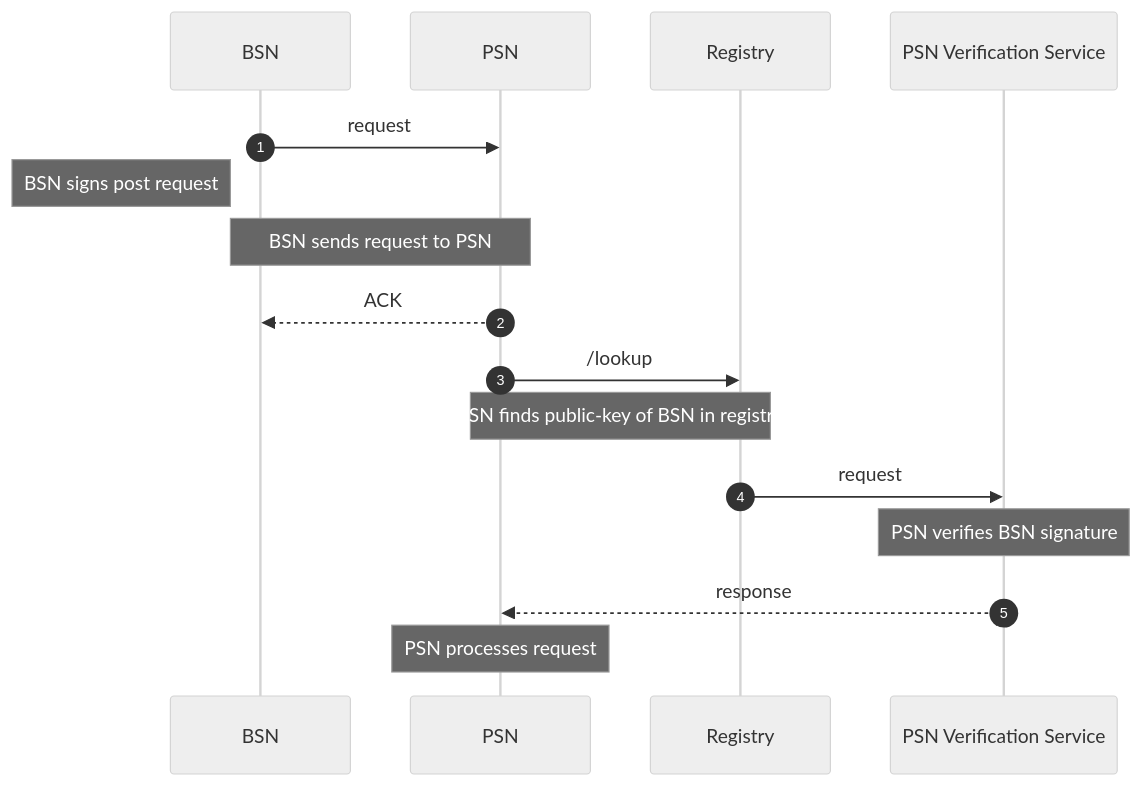
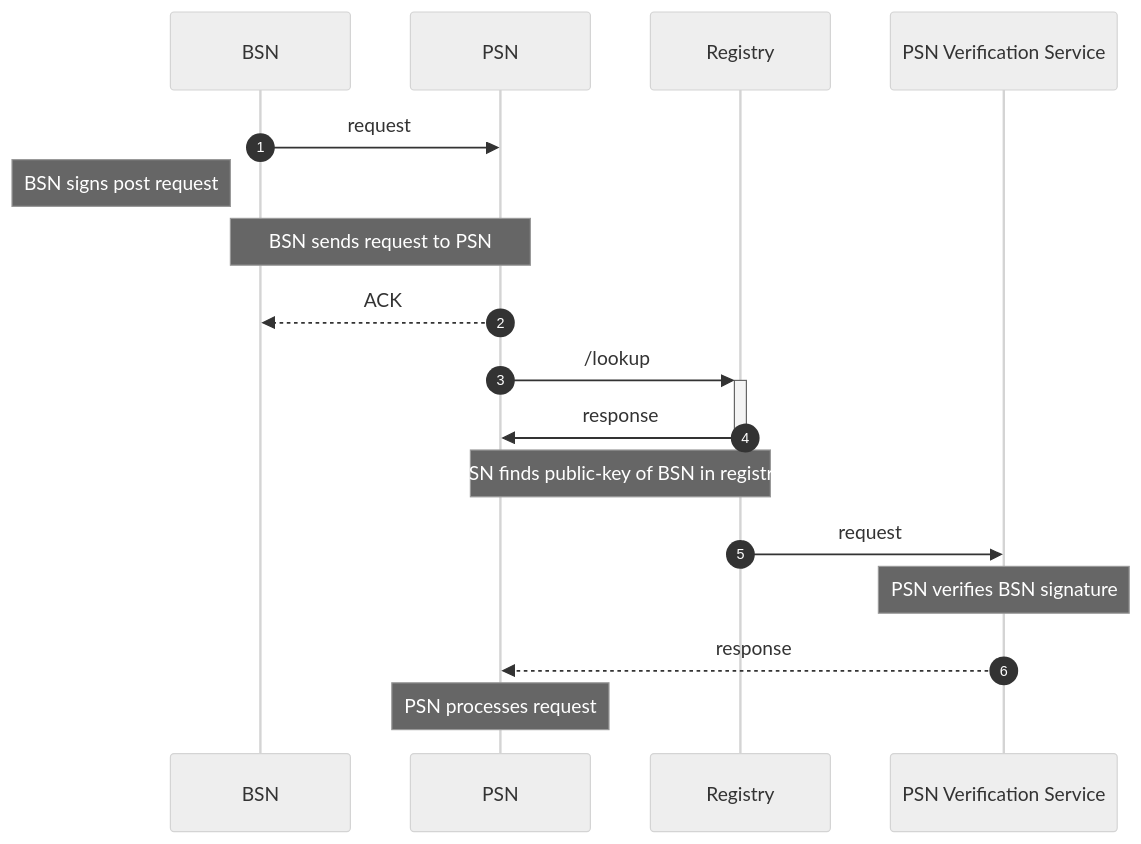
The second of 13 diagrams in docs/OVERVIEW.md (Palette-Labs-Inc/protocol), drawn with Mermaid (neutral theme) before and after one commit. The commit also changed other lines of this file, not shown here.

Commit message:
fix registry diagram

````diff
--- a/docs/OVERVIEW.md
+++ b/docs/OVERVIEW.md
@@ -65,19 +65,20 @@
 ```mermaid
 sequenceDiagram
     autonumber
     participant BSN
     participant PSN
     participant REGISTRY as Registry
     participant PSN_VS as PSN Verification Service
 
     BSN->>PSN: request
     Note left of BSN: BSN signs post request
     Note over BSN,PSN: BSN sends request to PSN
     PSN-->>BSN: ACK
-    PSN->>REGISTRY: /lookup
+    PSN->>+REGISTRY: /lookup
+    REGISTRY->>-PSN: response
     Note over REGISTRY,PSN: PSN finds public-key of BSN in registry
     REGISTRY->>PSN_VS: request
     Note over PSN_VS: PSN verifies BSN signature
     PSN_VS-->>PSN: response
     Note over PSN: PSN processes request
 ```
````
